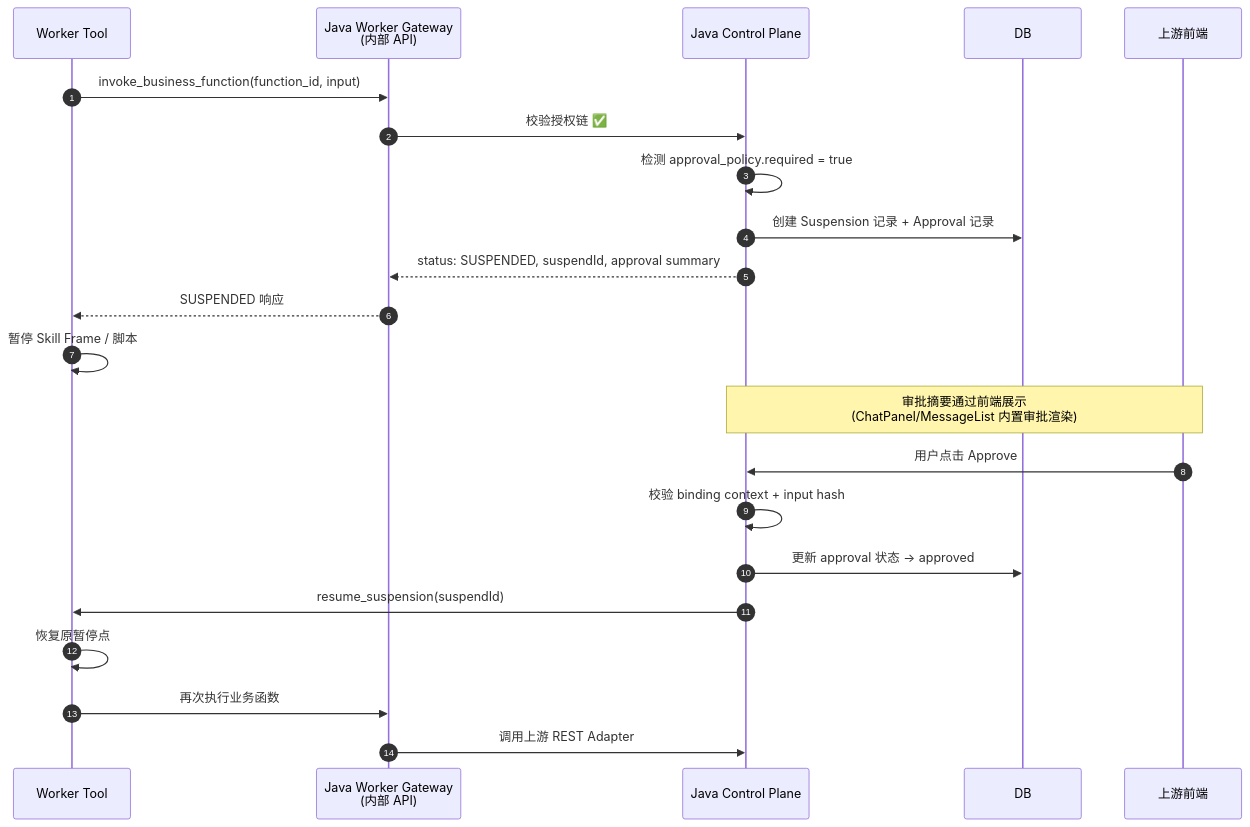
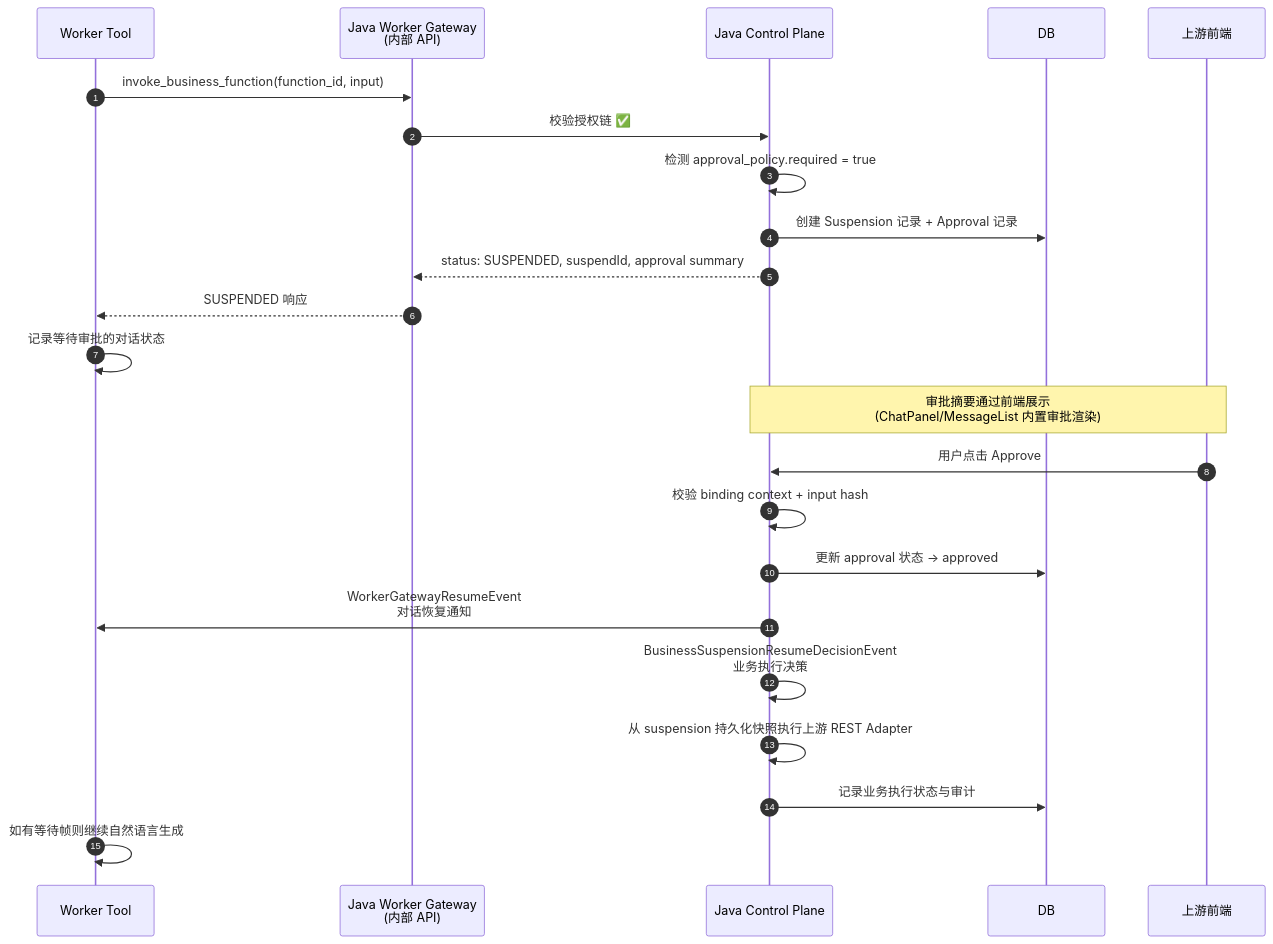
One commit to foggy-projects/Foggy-Navigator changed the diagram in docs/version-tracker/1.1.3-SNAPSHOT/upstream-integration/07-approval-flow.md. Above: the diagram before and after it, drawn with Mermaid. The commit also changed other lines of this file and 11 other files, not shown here.

````diff
--- a/docs/version-tracker/1.1.3-SNAPSHOT/upstream-integration/07-approval-flow.md
+++ b/docs/version-tracker/1.1.3-SNAPSHOT/upstream-integration/07-approval-flow.md
@@ -27,26 +29,27 @@
 ```mermaid
 sequenceDiagram
     autonumber
     participant Worker as Worker Tool
     participant GW as Java Worker Gateway<br/>(内部 API)
     participant Java as Java Control Plane
     participant DB as DB
     participant UI as 上游前端
 
     Worker->>GW: invoke_business_function(function_id, input)
     GW->>Java: 校验授权链 ✅
     Java->>Java: 检测 approval_policy.required = true
     Java->>DB: 创建 Suspension 记录 + Approval 记录
     Java-->>GW: status: SUSPENDED, suspendId, approval summary
     GW-->>Worker: SUSPENDED 响应
-    Worker->>Worker: 暂停 Skill Frame / 脚本
+    Worker->>Worker: 记录等待审批的对话状态
 
     Note over Java,UI: 审批摘要通过前端展示<br/>(ChatPanel/MessageList 内置审批渲染)
     UI->>Java: 用户点击 Approve
     Java->>Java: 校验 binding context + input hash
     Java->>DB: 更新 approval 状态 → approved
-    Java->>Worker: resume_suspension(suspendId)
-    Worker->>Worker: 恢复原暂停点
-    Worker->>GW: 再次执行业务函数
-    GW->>Java: 调用上游 REST Adapter
+    Java->>Worker: WorkerGatewayResumeEvent<br/>对话恢复通知
+    Java->>Java: BusinessSuspensionResumeDecisionEvent<br/>业务执行决策
+    Java->>Java: 从 suspension 持久化快照执行上游 REST Adapter
+    Java->>DB: 记录业务执行状态与审计
+    Worker->>Worker: 如有等待帧则继续自然语言生成
 ```
````
